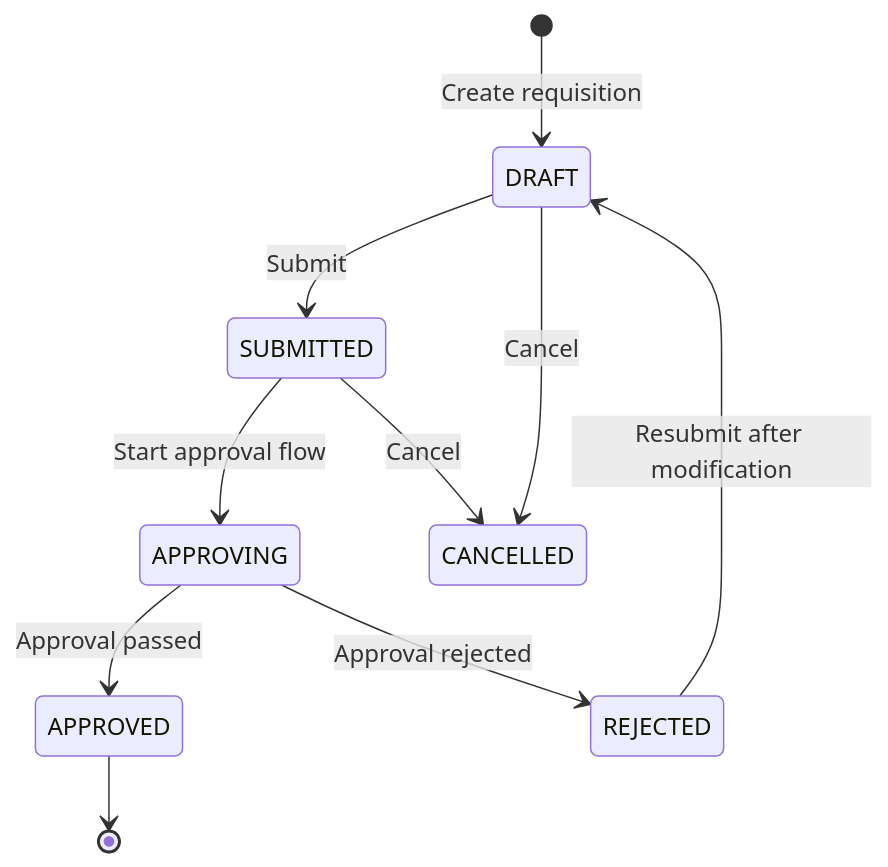
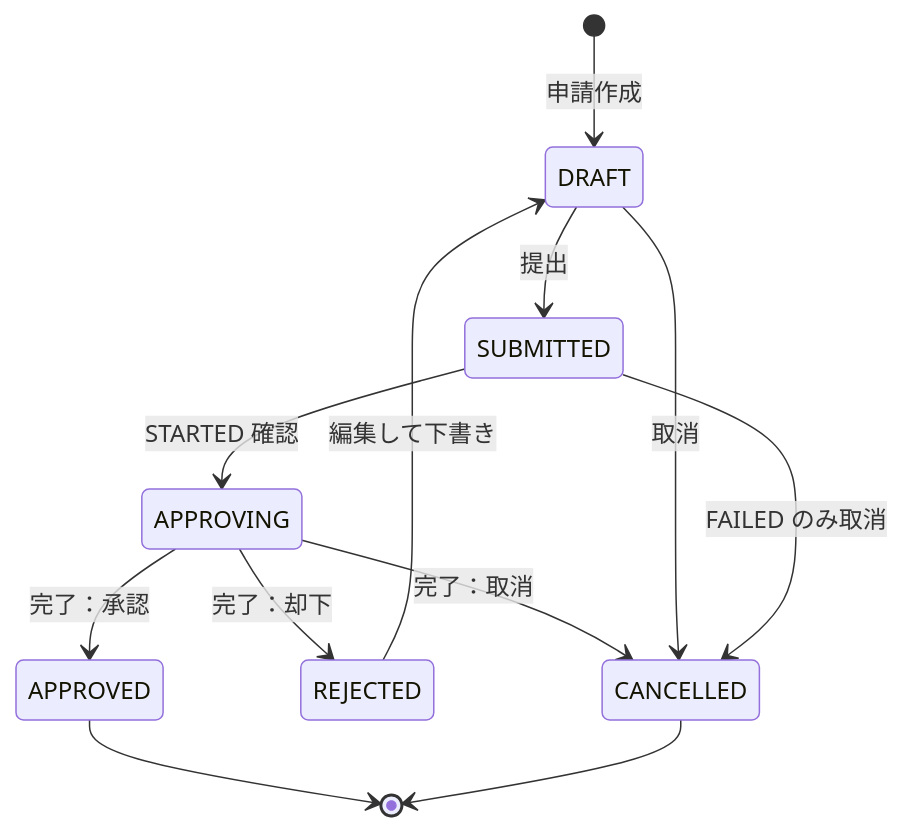
One commit to wang-baohai/Omni-Stack changed the third of 7 diagrams in docs/design/procurement-design.jp.md. Above: the diagram before and after it, drawn with Mermaid. The commit also changed other lines of this file and 1095 other files, not shown here.

````diff
--- a/docs/design/procurement-design.jp.md
+++ b/docs/design/procurement-design.jp.md
@@ -221,12 +220,14 @@
 ```mermaid
 stateDiagram-v2
-    [*] --> DRAFT: Create requisition
-    DRAFT --> SUBMITTED: Submit
-    SUBMITTED --> APPROVING: Start approval flow
-    APPROVING --> APPROVED: Approval passed
-    APPROVING --> REJECTED: Approval rejected
-    DRAFT --> CANCELLED: Cancel
-    SUBMITTED --> CANCELLED: Cancel
+    [*] --> DRAFT: 申請作成
+    DRAFT --> SUBMITTED: 提出
+    SUBMITTED --> APPROVING: STARTED 確認
+    APPROVING --> APPROVED: 完了：承認
+    APPROVING --> REJECTED: 完了：却下
+    APPROVING --> CANCELLED: 完了：取消
+    DRAFT --> CANCELLED: 取消
+    SUBMITTED --> CANCELLED: FAILED のみ取消
+    REJECTED --> DRAFT: 編集して下書き
     APPROVED --> [*]
-    REJECTED --> DRAFT: Resubmit after modification
+    CANCELLED --> [*]
 ```
````
